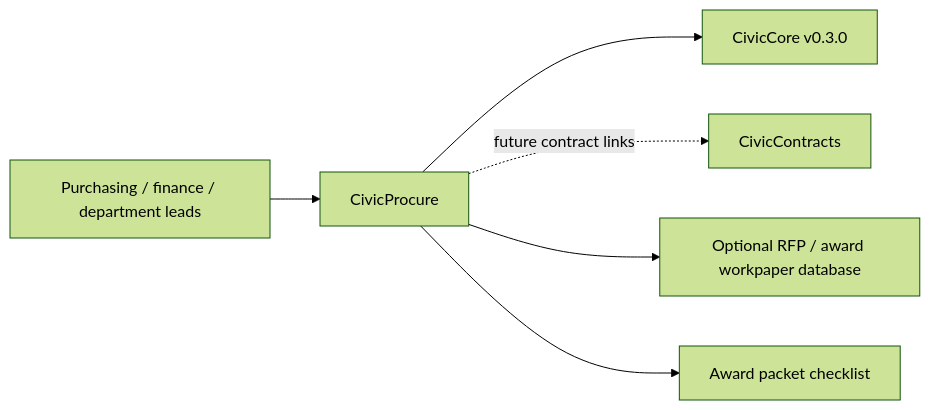
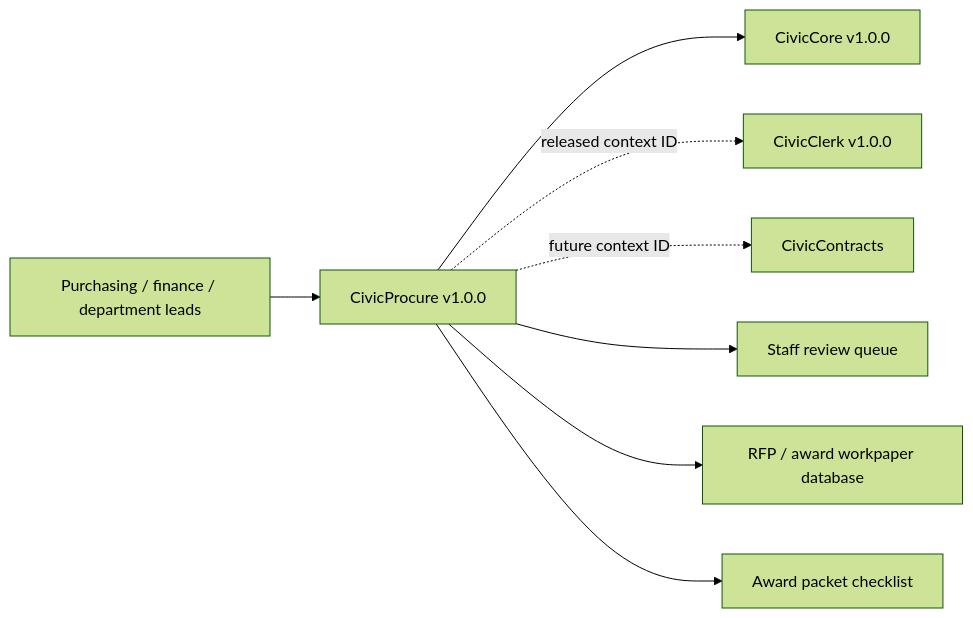
One commit to CivicSuite/civicprocure changed the diagram in USER-MANUAL.md. Above: the diagram before and after it, drawn with Mermaid (forest theme). The commit also changed other lines of this file and 33 other files, not shown here.

Commit message:
feat: productize CivicProcure v1 (#5)

````diff
--- a/USER-MANUAL.md
+++ b/USER-MANUAL.md
@@ -36,8 +43,10 @@
 ```mermaid
 flowchart LR
-  Staff["Purchasing / finance / department leads"] --> CivicProcure["CivicProcure"]
-  CivicProcure --> CivicCore["CivicCore v0.3.0"]
-  CivicProcure -. future contract links .-> CivicContracts["CivicContracts"]
-  CivicProcure --> Workpapers["Optional RFP / award workpaper database"]
+  Staff["Purchasing / finance / department leads"] --> CivicProcure["CivicProcure v1.0.0"]
+  CivicProcure --> CivicCore["CivicCore v1.0.0"]
+  CivicProcure -. released context ID .-> CivicClerk["CivicClerk v1.0.0"]
+  CivicProcure -. future context ID .-> CivicContracts["CivicContracts"]
+  CivicProcure --> Queue["Staff review queue"]
+  CivicProcure --> Workpapers["RFP / award workpaper database"]
   CivicProcure --> Export["Award packet checklist"]
 ```
````
